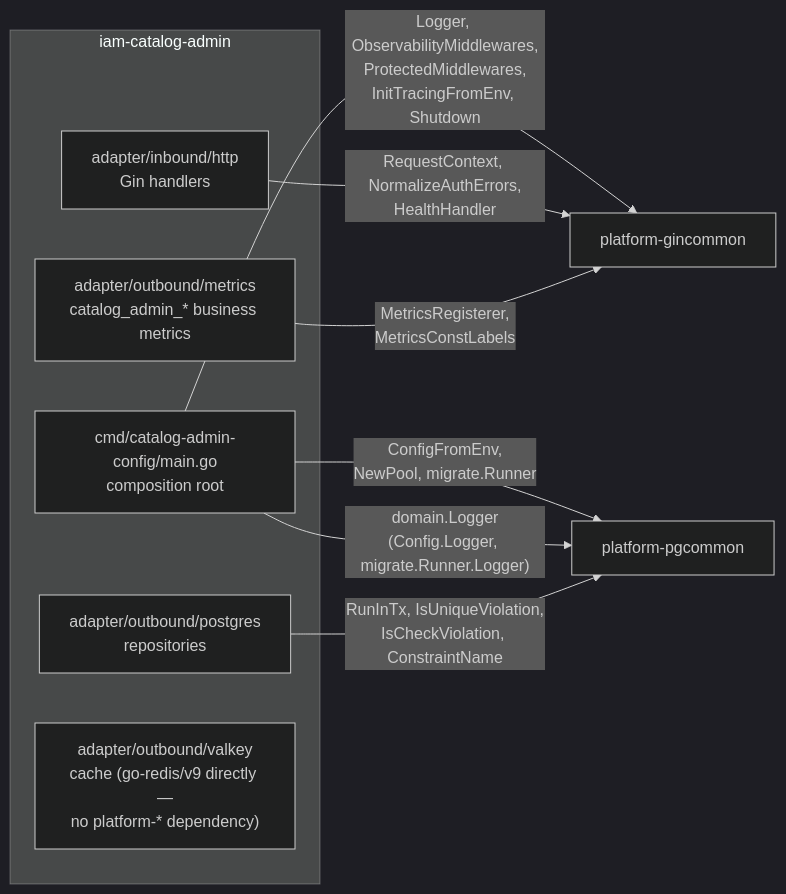
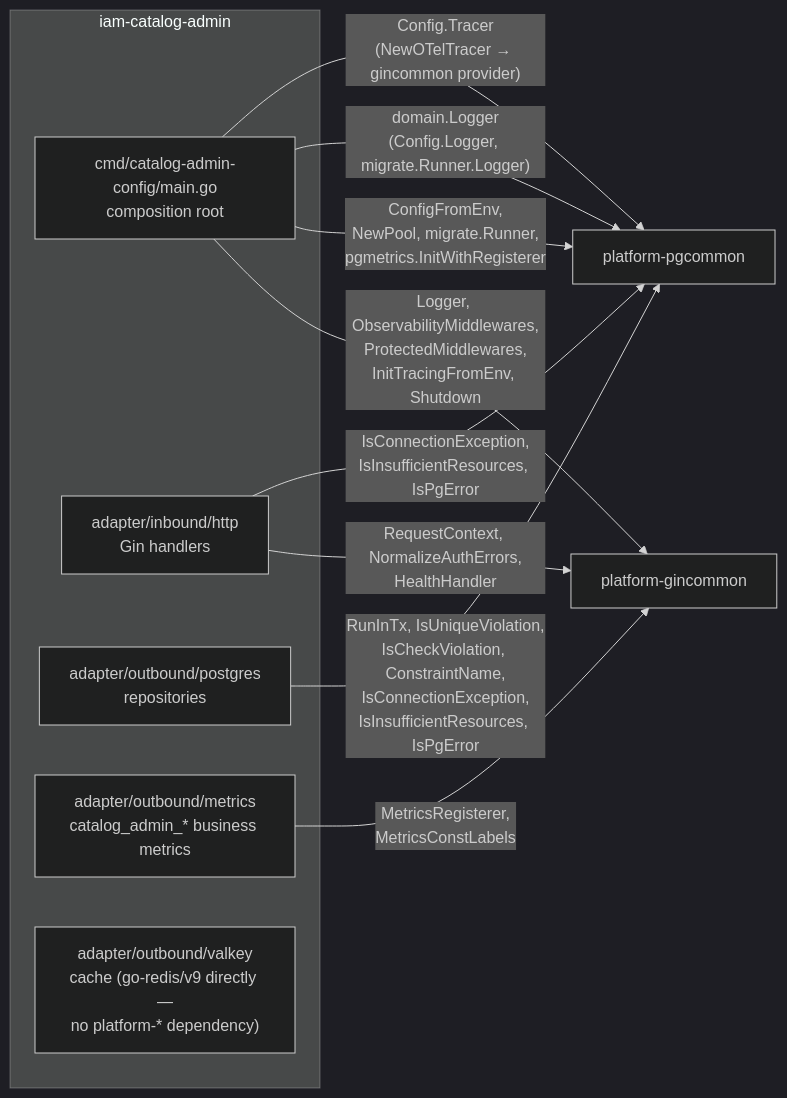
The first of 13 diagrams in docs/lld/iam-lld-catalog-admin-config-service.md (BCBP-SOLUTIONS-FZC-LLC/iam-catalog-admin), drawn with Mermaid (dark theme) before and after one commit. The commit also changed other lines of this file and 81 other files, not shown here.

````diff
--- a/docs/lld/iam-lld-catalog-admin-config-service.md
+++ b/docs/lld/iam-lld-catalog-admin-config-service.md
@@ -273,20 +318,22 @@
 ```mermaid
 flowchart LR
     subgraph svc["iam-catalog-admin"]
         MAIN["cmd/catalog-admin-config/main.go<br/>composition root"]
         HTTP["adapter/inbound/http<br/>Gin handlers"]
         PG["adapter/outbound/postgres<br/>repositories"]
         METRICS["adapter/outbound/metrics<br/>catalog_admin_* business metrics"]
         VK["adapter/outbound/valkey<br/>cache (go-redis/v9 directly —<br/>no platform-* dependency)"]
     end
 
     GIN["platform-gincommon"]
     PGC["platform-pgcommon"]
 
     MAIN -->|Logger, ObservabilityMiddlewares,<br/>ProtectedMiddlewares,<br/>InitTracingFromEnv, Shutdown| GIN
     HTTP -->|RequestContext, NormalizeAuthErrors,<br/>HealthHandler| GIN
+    HTTP -->|IsConnectionException,<br/>IsInsufficientResources, IsPgError| PGC
     METRICS -->|MetricsRegisterer,<br/>MetricsConstLabels| GIN
-    MAIN -->|ConfigFromEnv,<br/>NewPool, migrate.Runner| PGC
+    MAIN -->|ConfigFromEnv,<br/>NewPool, migrate.Runner,<br/>pgmetrics.InitWithRegisterer| PGC
     MAIN -->|"domain.Logger<br/>(Config.Logger, migrate.Runner.Logger)"| PGC
-    PG -->|RunInTx, IsUniqueViolation,<br/>IsCheckViolation, ConstraintName| PGC
+    MAIN -->|"Config.Tracer<br/>(NewOTelTracer → gincommon provider)"| PGC
+    PG -->|RunInTx, IsUniqueViolation,<br/>IsCheckViolation, ConstraintName,<br/>IsConnectionException,<br/>IsInsufficientResources, IsPgError| PGC
 ```
````
